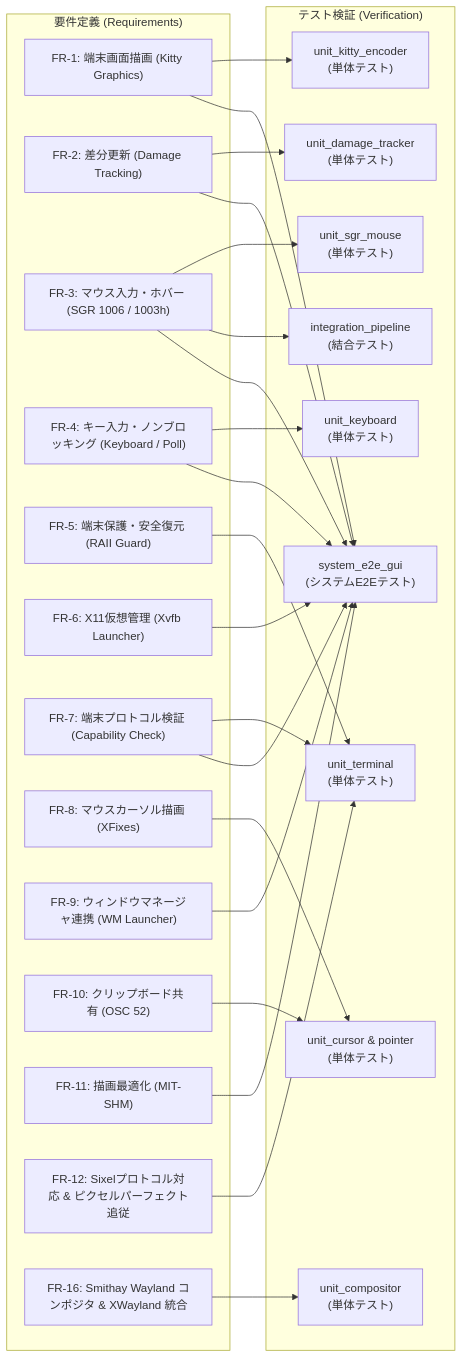
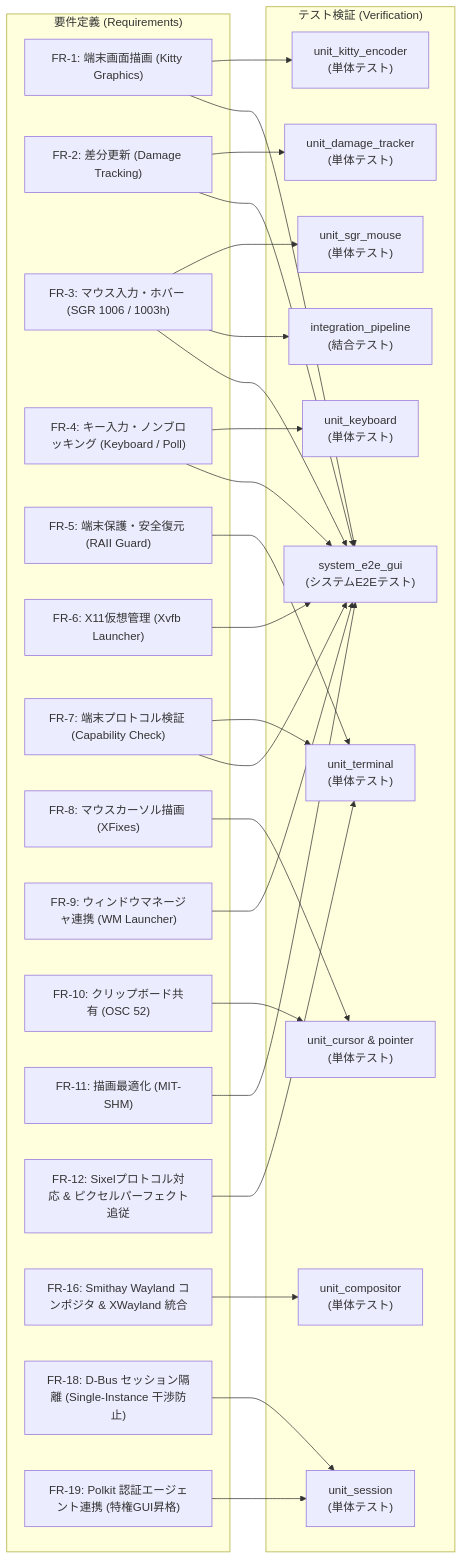
The diagram in docs/SPECIFICATION.md (totatake/termway), drawn with Mermaid before and after one commit. The commit also changed other lines of this file and 2 other files, not shown here.

Commit message:
docs: document D-Bus session isolation, Polkit agent integration, and requirements

````diff
--- a/docs/SPECIFICATION.md
+++ b/docs/SPECIFICATION.md
@@ -9,50 +9,55 @@
 ```mermaid
 flowchart LR
     subgraph Requirements["要件定義 (Requirements)"]
         FR1["FR-1: 端末画面描画 (Kitty Graphics)"]
         FR2["FR-2: 差分更新 (Damage Tracking)"]
         FR3["FR-3: マウス入力・ホバー (SGR 1006 / 1003h)"]
         FR4["FR-4: キー入力・ノンブロッキング (Keyboard / Poll)"]
         FR5["FR-5: 端末保護・安全復元 (RAII Guard)"]
         FR6["FR-6: X11仮想管理 (Xvfb Launcher)"]
         FR7["FR-7: 端末プロトコル検証 (Capability Check)"]
         FR8["FR-8: マウスカーソル描画 (XFixes)"]
         FR9["FR-9: ウィンドウマネージャ連携 (WM Launcher)"]
         FR10["FR-10: クリップボード共有 (OSC 52)"]
         FR11["FR-11: 描画最適化 (MIT-SHM)"]
         FR12["FR-12: Sixelプロトコル対応 & ピクセルパーフェクト追従"]
         FR16["FR-16: Smithay Wayland コンポジタ & XWayland 統合"]
+        FR18["FR-18: D-Bus セッション隔離 (Single-Instance 干渉防止)"]
+        FR19["FR-19: Polkit 認証エージェント連携 (特権GUI昇格)"]
     end
 
     subgraph Verification["テスト検証 (Verification)"]
         T_Sys["system_e2e_gui<br/>(システムE2Eテスト)"]
         T_Integ["integration_pipeline<br/>(結合テスト)"]
         T_Mouse["unit_sgr_mouse<br/>(単体テスト)"]
         T_Kitty["unit_kitty_encoder<br/>(単体テスト)"]
         T_Term["unit_terminal<br/>(単体テスト)"]
         T_Damage["unit_damage_tracker<br/>(単体テスト)"]
         T_Key["unit_keyboard<br/>(単体テスト)"]
         T_Cursor["unit_cursor & pointer<br/>(単体テスト)"]
         T_Comp["unit_compositor<br/>(単体テスト)"]
+        T_Sess["unit_session<br/>(単体テスト)"]
     end
 
     FR1 --> T_Kitty
     FR1 --> T_Sys
     FR2 --> T_Damage
     FR2 --> T_Sys
     FR3 --> T_Mouse
     FR3 --> T_Integ
     FR3 --> T_Sys
     FR4 --> T_Key
     FR4 --> T_Sys
     FR5 --> T_Term
     FR6 --> T_Sys
     FR7 --> T_Term
     FR7 --> T_Sys
     FR8 --> T_Cursor
     FR9 --> T_Sys
     FR10 --> T_Cursor
     FR11 --> T_Sys
     FR12 --> T_Term
     FR16 --> T_Comp
+    FR18 --> T_Sess
+    FR19 --> T_Sess
 ```
````
